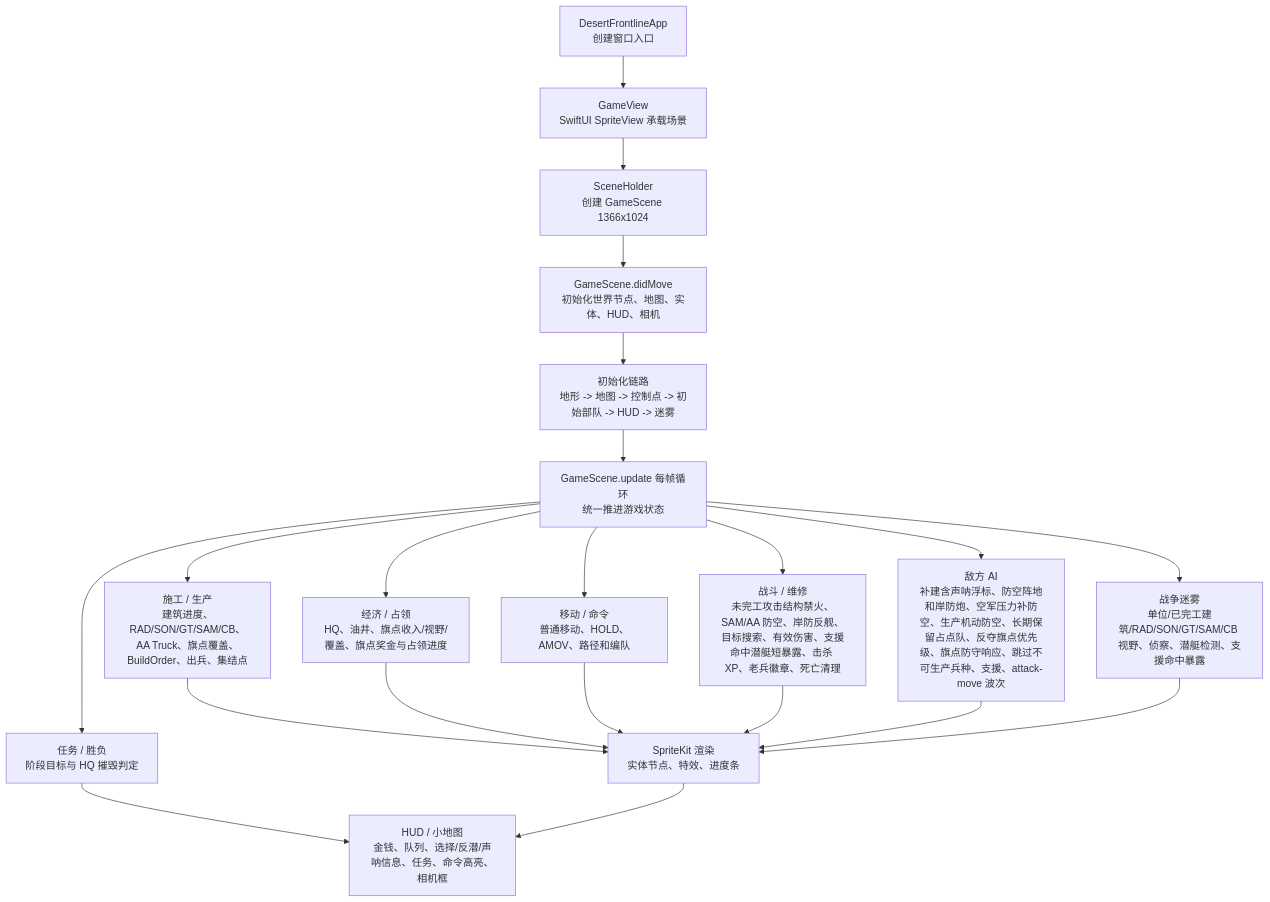
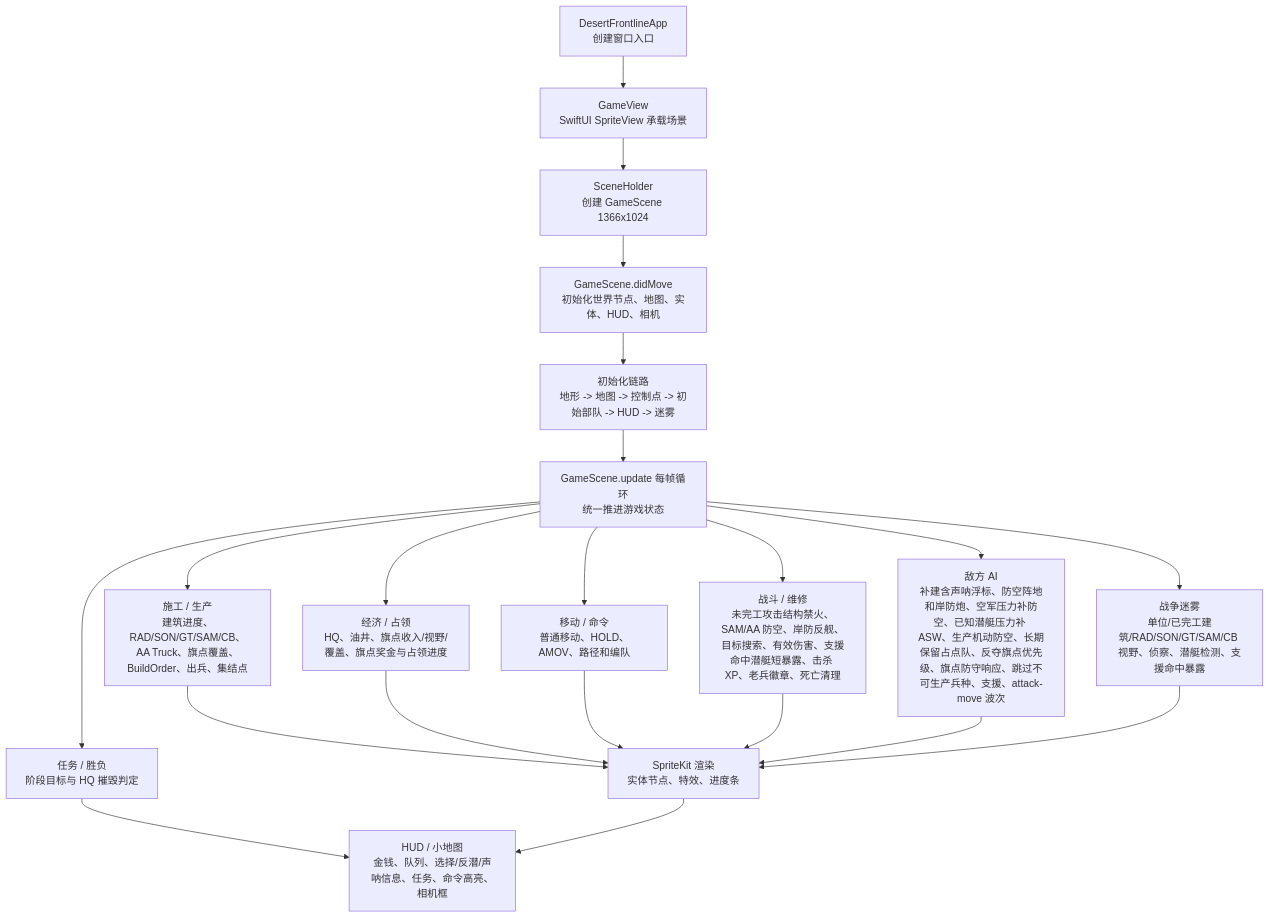
One commit to Altman-sam114/1145 changed the first of 3 diagrams in md/flow/flowchart.md. Above: the diagram before and after it, drawn with Mermaid. The commit also changed 4 other files, not shown here.

````diff
--- a/md/flow/flowchart.md
+++ b/md/flow/flowchart.md
@@ -9,23 +9,23 @@
 ```mermaid
 flowchart TD
   App["DesertFrontlineApp\n创建窗口入口"] --> View["GameView\nSwiftUI SpriteView 承载场景"]
   View --> Holder["SceneHolder\n创建 GameScene 1366x1024"]
   Holder --> Scene["GameScene.didMove\n初始化世界节点、地图、实体、HUD、相机"]
   Scene --> Init["初始化链路\n地形 -> 地图 -> 控制点 -> 初始部队 -> HUD -> 迷雾"]
   Init --> Loop["GameScene.update 每帧循环\n统一推进游戏状态"]
   Loop --> Build["施工 / 生产\n建筑进度、RAD/SON/GT/SAM/CB、AA Truck、旗点覆盖、BuildOrder、出兵、集结点"]
   Loop --> Economy["经济 / 占领\nHQ、油井、旗点收入/视野/覆盖、旗点奖金与占领进度"]
   Loop --> Commands["移动 / 命令\n普通移动、HOLD、AMOV、路径和编队"]
   Loop --> Combat["战斗 / 维修\n未完工攻击结构禁火、SAM/AA 防空、岸防反舰、目标搜索、有效伤害、支援命中潜艇短暴露、击杀 XP、老兵徽章、死亡清理"]
-  Loop --> AI["敌方 AI\n补建含声呐浮标、防空阵地和岸防炮、空军压力补防空、生产机动防空、长期保留占点队、反夺旗点优先级、旗点防守响应、跳过不可生产兵种、支援、attack-move 波次"]
+  Loop --> AI["敌方 AI\n补建含声呐浮标、防空阵地和岸防炮、空军压力补防空、已知潜艇压力补 ASW、生产机动防空、长期保留占点队、反夺旗点优先级、旗点防守响应、跳过不可生产兵种、支援、attack-move 波次"]
   Loop --> Fog["战争迷雾\n单位/已完工建筑/RAD/SON/GT/SAM/CB 视野、侦察、潜艇检测、支援命中暴露"]
   Loop --> Mission["任务 / 胜负\n阶段目标与 HQ 摧毁判定"]
   Build --> Render["SpriteKit 渲染\n实体节点、特效、进度条"]
   Economy --> Render
   Commands --> Render
   Combat --> Render
   AI --> Render
   Fog --> Render
   Mission --> HUD["HUD / 小地图\n金钱、队列、选择/反潜/声呐信息、任务、命令高亮、相机框"]
   Render --> HUD
 ```
````
